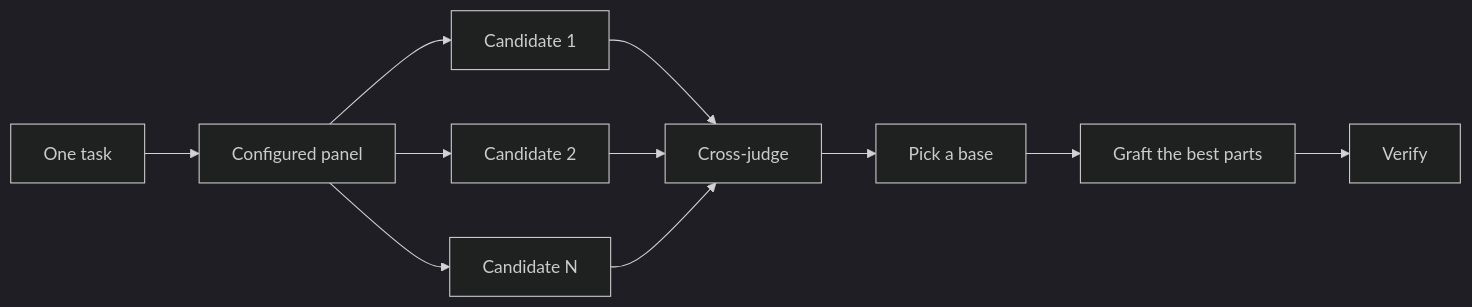
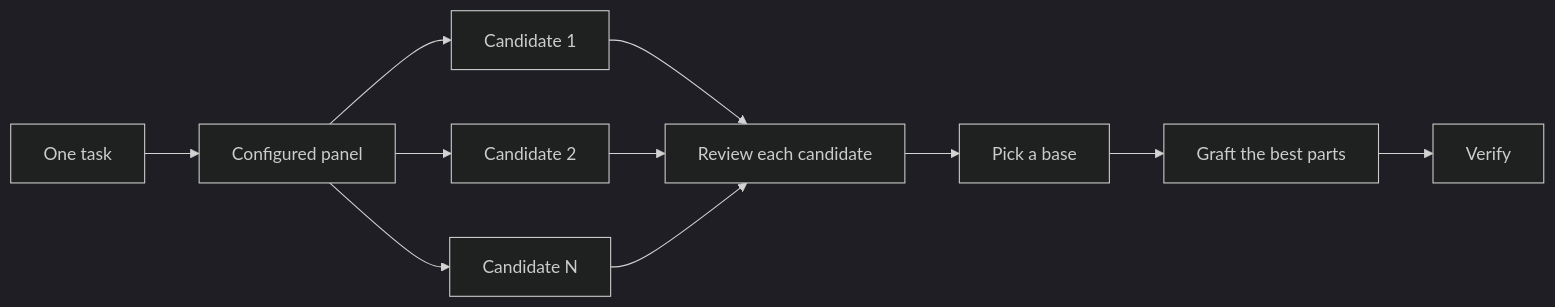
Before and after one commit to terranelabs/pstack-universal: the diagram in plugins/pstack/docs/guide/04-design.md, drawn with Mermaid (dark theme). The commit also changed other lines of this file and 123 other files, not shown here.

````diff
--- a/plugins/pstack/docs/guide/04-design.md
+++ b/plugins/pstack/docs/guide/04-design.md
@@ -29,13 +33,13 @@
 ```mermaid
 flowchart LR
     A[One task] --> B[Configured panel]
     B --> C[Candidate 1]
     B --> D[Candidate 2]
     B --> E[Candidate N]
-    C --> F[Cross-judge]
+    C --> F[Review each candidate]
     D --> F
     E --> F
     F --> G[Pick a base]
     G --> H[Graft the best parts]
     H --> I[Verify]
 ```
````
